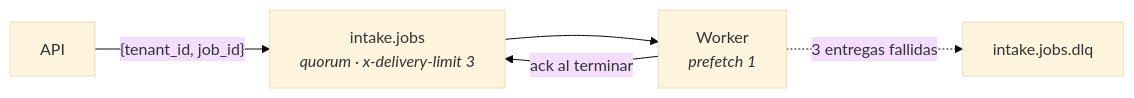
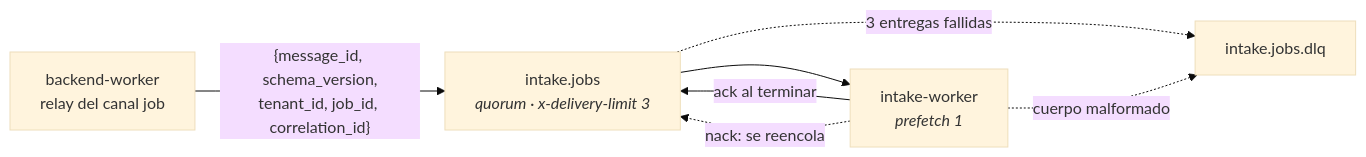
The second of 3 diagrams in docs/content/eventos/rabbitmq.md (MDCIrony/leads-hexa), drawn with Mermaid (base theme) before and after one commit. The commit also changed other lines of this file and 18 other files, not shown here.

Commit message:
docs(events): document per-channel outbox, internal topics and backend-worker

````diff
--- a/docs/content/eventos/rabbitmq.md
+++ b/docs/content/eventos/rabbitmq.md
@@ -47,7 +44,9 @@
 ```mermaid
 flowchart LR
-    API["API"] -->|"{tenant_id, job_id}"| Q["intake.jobs<br/><i>quorum · x-delivery-limit 3</i>"]
-    Q --> W1["Worker<br/><i>prefetch 1</i>"]
+    R["backend-worker<br/>relay del canal job"] -->|"{message_id, schema_version,<br/>tenant_id, job_id, correlation_id}"| Q["intake.jobs<br/><i>quorum · x-delivery-limit 3</i>"]
+    Q --> W1["intake-worker<br/><i>prefetch 1</i>"]
     W1 -->|ack al terminar| Q
-    W1 -.->|"3 entregas fallidas"| DLQ["intake.jobs.dlq"]
+    W1 -.->|"nack: se reencola"| Q
+    Q -.->|"3 entregas fallidas"| DLQ["intake.jobs.dlq"]
+    W1 -.->|"cuerpo malformado"| DLQ
 ```
````
